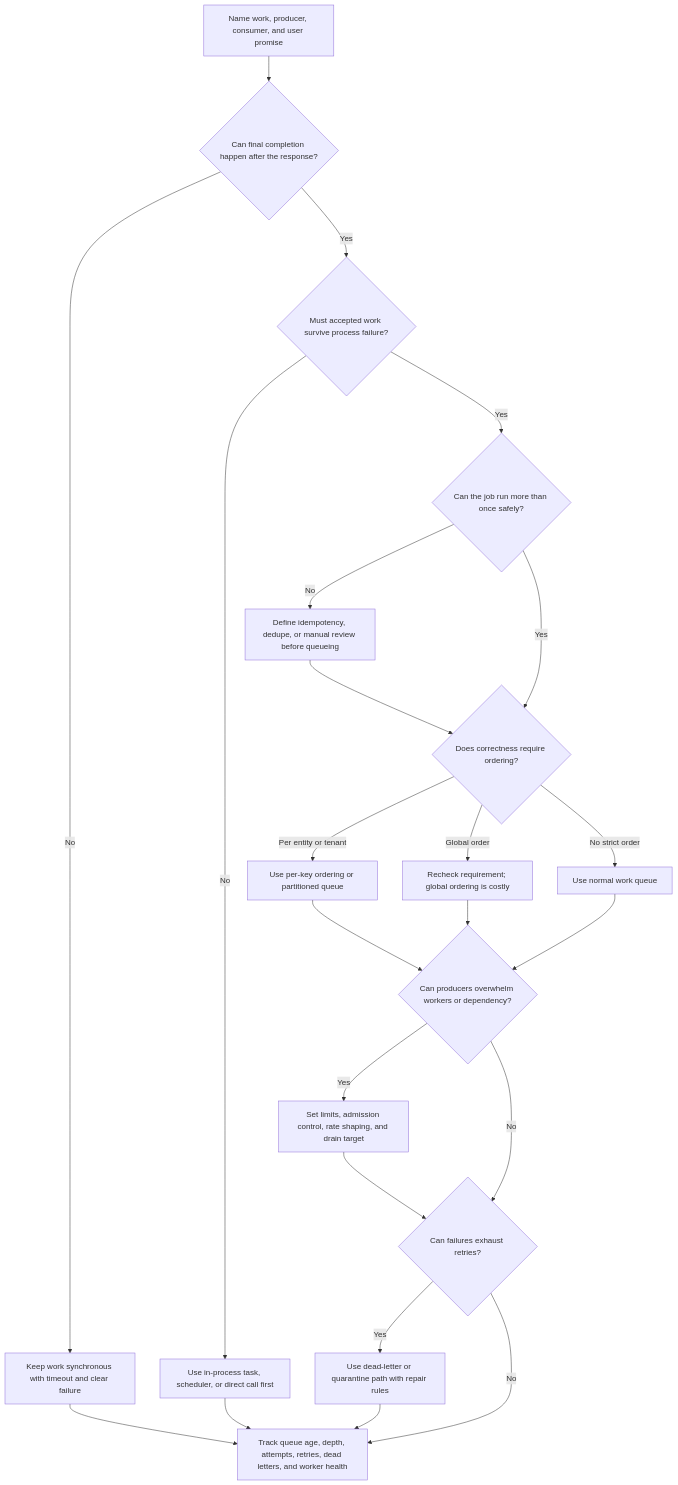
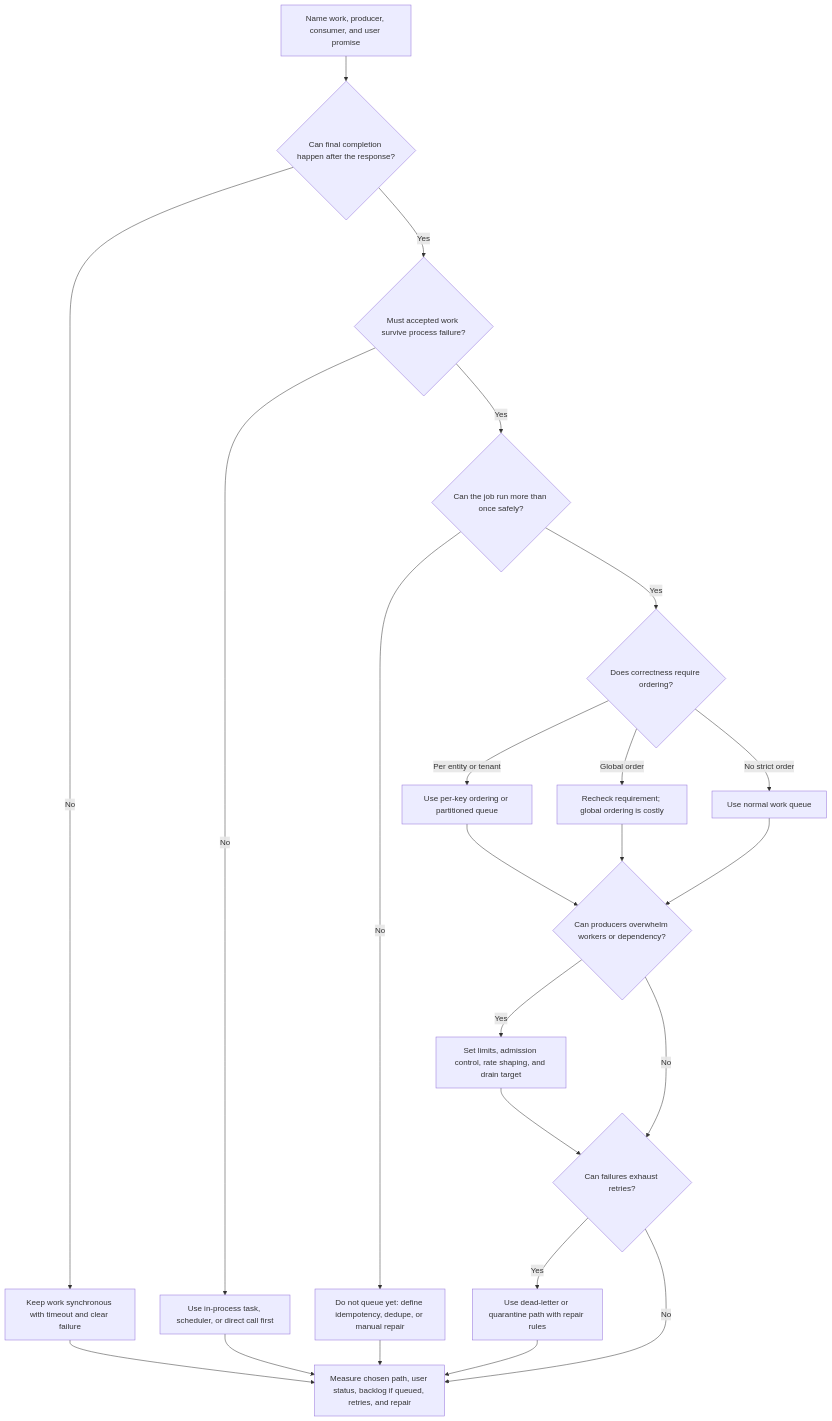
One commit to LeonSilva15/system-design changed the diagram in docs/components/queue.md. Above: the diagram before and after it, drawn with Mermaid. The commit also changed other lines of this file, not shown here.

Commit message:
docs(components): SDC-E04-T06 clarify queue review points

````diff
--- a/docs/components/queue.md
+++ b/docs/components/queue.md
@@ -81,34 +81,34 @@
 ```mermaid
 flowchart TD
     Start[Name work, producer, consumer, and user promise] --> Delay{Can final completion happen after the response?}
 
     Delay -->|No| Sync[Keep work synchronous with timeout and clear failure]
     Delay -->|Yes| Durable{Must accepted work survive process failure?}
 
     Durable -->|No| Simpler[Use in-process task, scheduler, or direct call first]
     Durable -->|Yes| RetrySafe{Can the job run more than once safely?}
 
-    RetrySafe -->|No| Idempotency[Define idempotency, dedupe, or manual review before queueing]
+    RetrySafe -->|No| StopQueue[Do not queue yet: define idempotency, dedupe, or manual repair]
     RetrySafe -->|Yes| Ordering{Does correctness require ordering?}
 
-    Idempotency --> Ordering
+    StopQueue --> Observe
 
     Ordering -->|Per entity or tenant| Partitioned[Use per-key ordering or partitioned queue]
     Ordering -->|Global order| Rethink[Recheck requirement; global ordering is costly]
     Ordering -->|No strict order| Standard[Use normal work queue]
 
     Partitioned --> Backpressure
     Rethink --> Backpressure
     Standard --> Backpressure{Can producers overwhelm workers or dependency?}
 
     Backpressure -->|Yes| BackpressurePlan[Set limits, admission control, rate shaping, and drain target]
     Backpressure -->|No| Failure{Can failures exhaust retries?}
 
     BackpressurePlan --> Failure
     Failure -->|Yes| DLQ[Use dead-letter or quarantine path with repair rules]
-    Failure -->|No| Operate[Track queue age, depth, attempts, retries, dead letters, and worker health]
+    Failure -->|No| Observe[Measure chosen path, user status, backlog if queued, retries, and repair]
 
-    DLQ --> Operate
-    Sync --> Operate
-    Simpler --> Operate
+    DLQ --> Observe
+    Sync --> Observe
+    Simpler --> Observe
 ```
````
